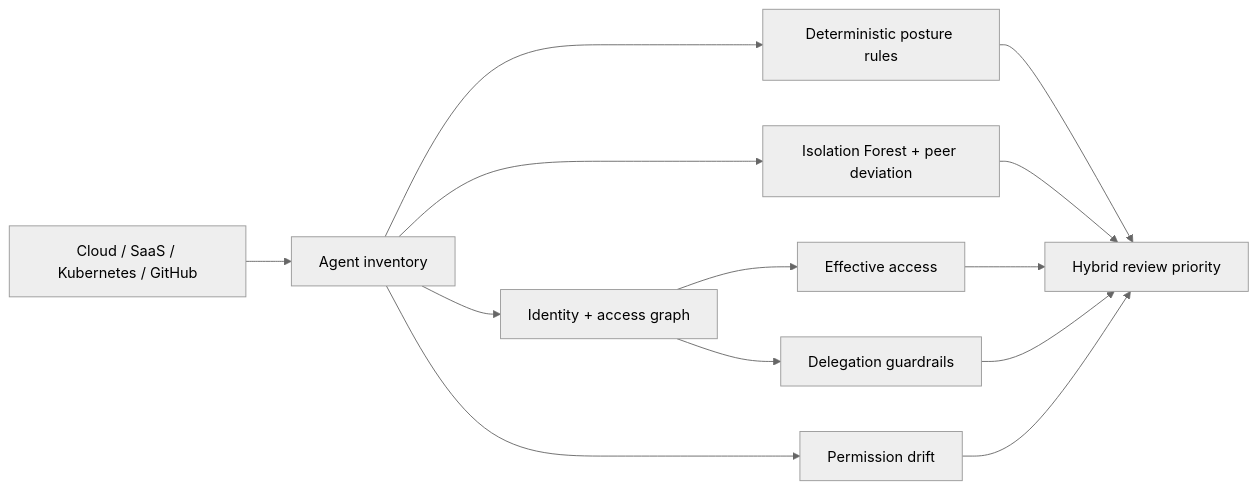
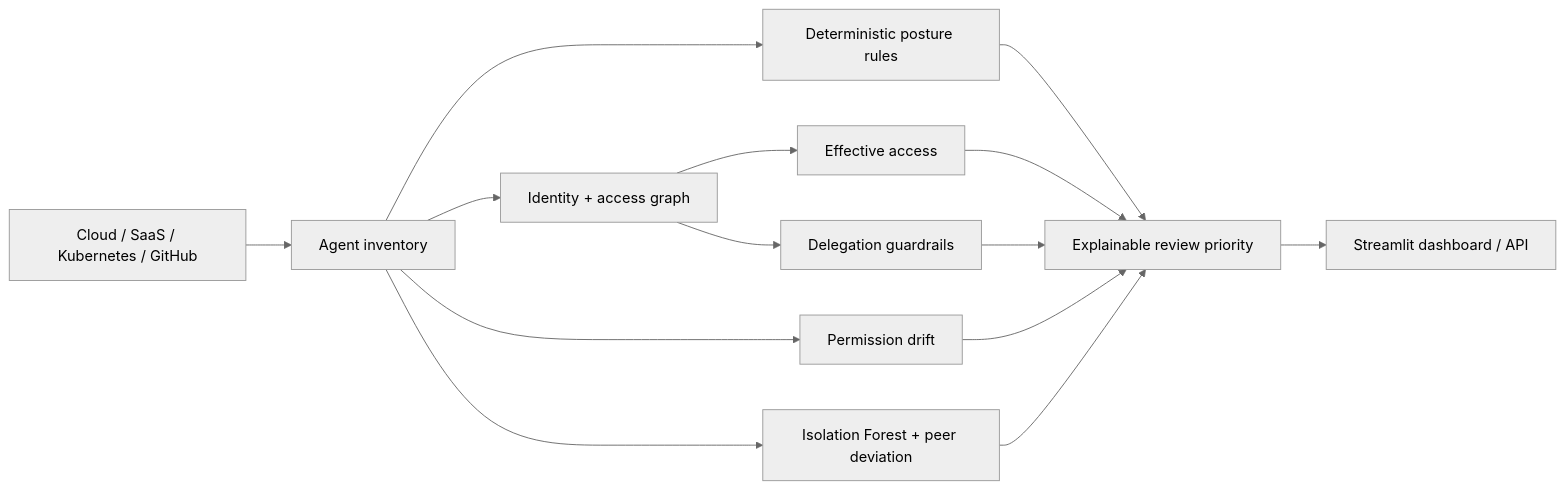
One commit to VinayK88/AgentAtlas changed the diagram in README.md. Above: the diagram before and after it, drawn with Mermaid (neutral theme). The commit also changed other lines of this file, not shown here.

````diff
--- a/README.md
+++ b/README.md
@@ -13,15 +52,12 @@
 ```mermaid
 flowchart LR
     A[Cloud / SaaS / Kubernetes / GitHub] --> I[Agent inventory]
     I --> G[Identity + access graph]
     I --> P[Deterministic posture rules]
     G --> E[Effective access]
     G --> D[Delegation guardrails]
     I --> R[Permission drift]
     I --> M[Isolation Forest + peer deviation]
-    P --> Q[Hybrid review priority]
-    M --> Q
-    E --> Q
-    D --> Q
-    R --> Q
+    P & E & D & R & M --> Q[Explainable review priority]
+    Q --> UI[Streamlit dashboard / API]
 ```
````
